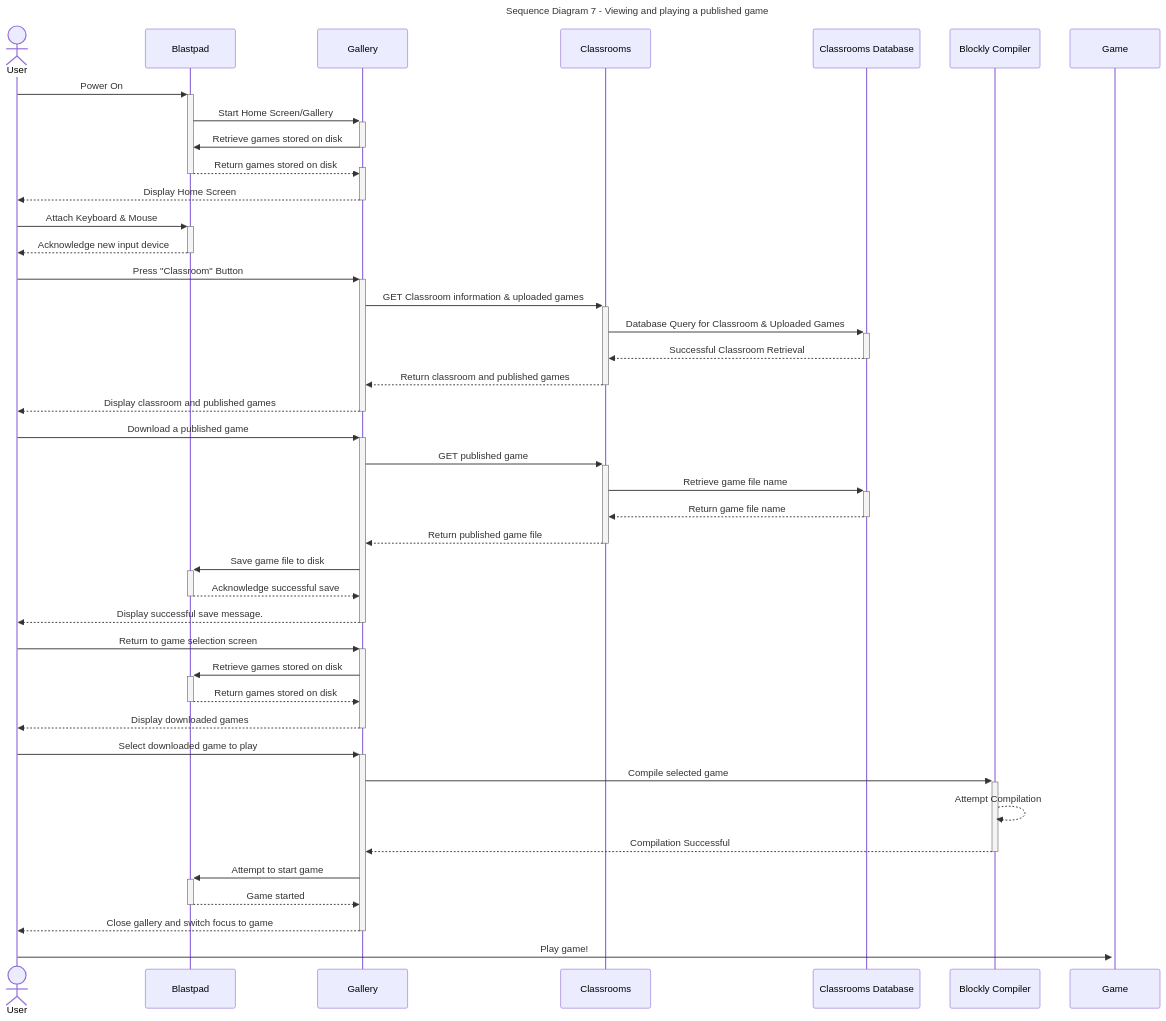
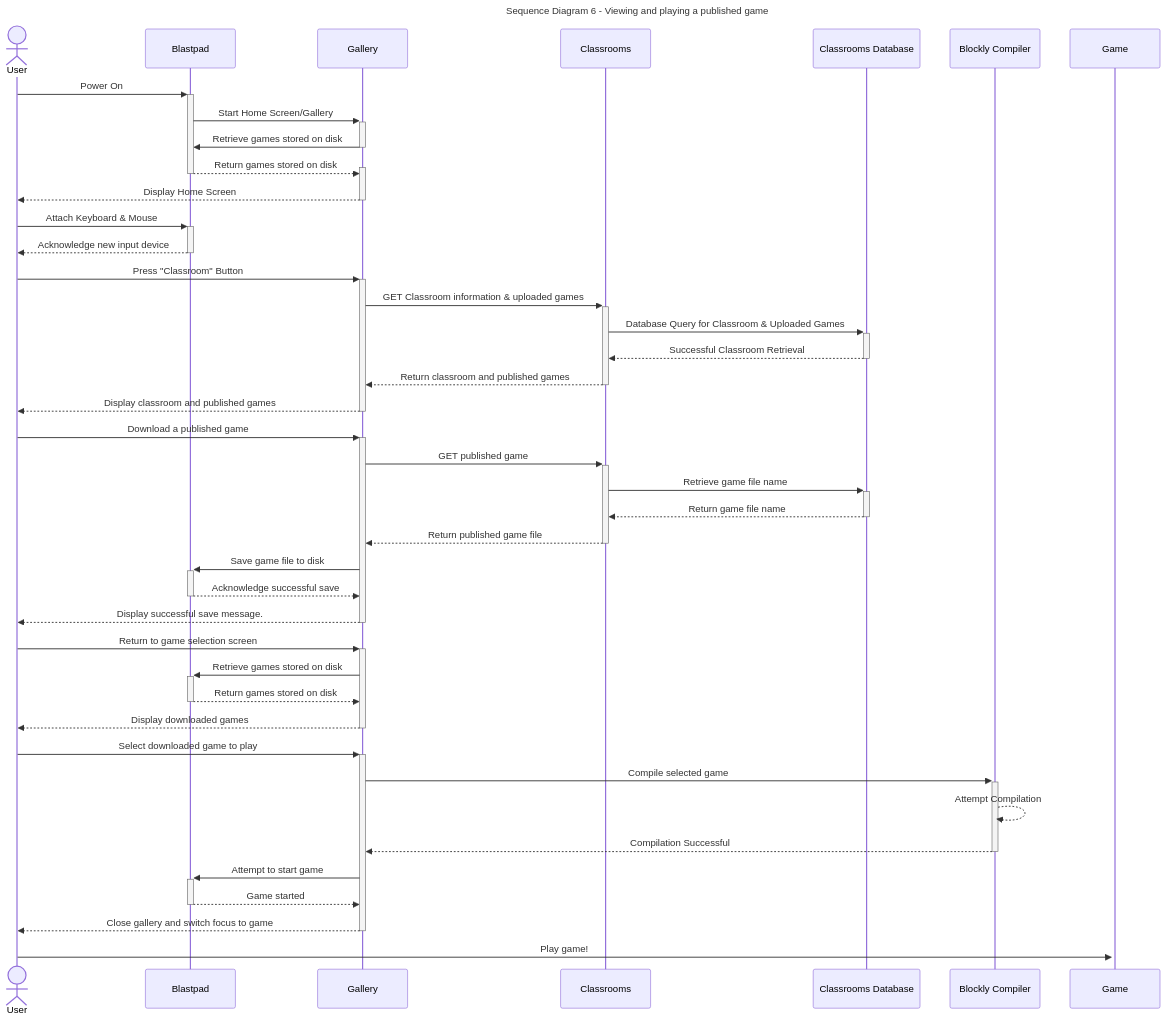
One commit to Capstone-Projects-2024-Spring/project-blastpad changed the sixth of 10 diagrams in documentation/docs/system-architecture/sequence-diagrams.md. Above: the diagram before and after it, drawn with Mermaid. The commit also changed other lines of this file, not shown here.

````diff
--- a/documentation/docs/system-architecture/sequence-diagrams.md
+++ b/documentation/docs/system-architecture/sequence-diagrams.md
@@ -209,49 +209,49 @@
 ```mermaid
 ---
-title: "Sequence Diagram 7 - Viewing and playing a published game"
+title: "Sequence Diagram 6 - Viewing and playing a published game"
 ---
 
 sequenceDiagram
 actor User
 User->>+Blastpad: Power On
 Blastpad->>+Gallery: Start Home Screen/Gallery
 Gallery->>-Blastpad: Retrieve games stored on disk
 Blastpad-->>+Gallery: Return games stored on disk
 deactivate Blastpad	
 Gallery-->>-User: Display Home Screen
 
 User->>+Blastpad: Attach Keyboard & Mouse
 Blastpad-->>-User: Acknowledge new input device
 
 User->>+Gallery: Press "Classroom" Button
 Gallery->>+Classrooms: GET Classroom information & uploaded games
 Classrooms->>+Classrooms Database: Database Query for Classroom & Uploaded Games
 Classrooms Database-->>-Classrooms: Successful Classroom Retrieval
 Classrooms-->>-Gallery: Return classroom and published games
 Gallery-->>-User: Display classroom and published games
 
 User->>+Gallery: Download a published game
 Gallery->>+Classrooms: GET published game
 Classrooms->>+Classrooms Database: Retrieve game file name
 Classrooms Database-->>-Classrooms: Return game file name
 Classrooms-->>-Gallery: Return published game file
 Gallery->>+Blastpad: Save game file to disk
 Blastpad-->>-Gallery: Acknowledge successful save
 Gallery-->>-User: Display successful save message.
 
 
 User->>+Gallery: Return to game selection screen
 Gallery->>+Blastpad: Retrieve games stored on disk
 Blastpad-->>-Gallery: Return games stored on disk
 Gallery-->>-User: Display downloaded games
 
 User->>+Gallery: Select downloaded game to play
 Gallery->>+Blockly Compiler: Compile selected game
 Blockly Compiler-->>Blockly Compiler: Attempt Compilation
 Blockly Compiler-->>-Gallery: Compilation Successful
 Gallery->>+Blastpad: Attempt to start game
 Blastpad-->>-Gallery: Game started
 Gallery-->>-User: Close gallery and switch focus to game
 User->>+Game: Play game!
 
 ```
````
